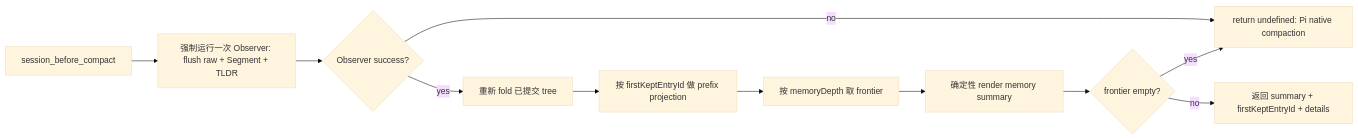
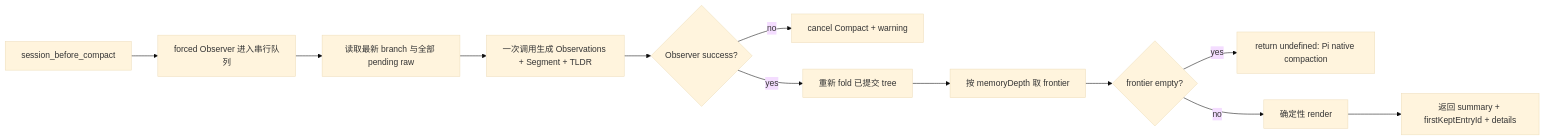
The second of 2 diagrams in docs/segment_memory_architecture_plan.md (Yikai-Liao/pi-observational-memory), drawn with Mermaid (base theme) before and after one commit. The commit also changed other lines of this file, not shown here.

Commit message:
docs: simplify segment compaction semantics

````diff
--- a/docs/segment_memory_architecture_plan.md
+++ b/docs/segment_memory_architecture_plan.md
@@ -551,13 +538,14 @@
 ```mermaid
 flowchart LR
-    A[session_before_compact] --> B[强制运行一次 Observer: flush raw + Segment + TLDR]
-    B --> C{Observer success?}
-    C -- no --> D[return undefined: Pi native compaction]
-    C -- yes --> E[重新 fold 已提交 tree]
-    E --> F[按 firstKeptEntryId 做 prefix projection]
-    F --> G[按 memoryDepth 取 frontier]
-    G --> H[确定性 render memory summary]
+    A[session_before_compact] --> B[forced Observer 进入串行队列]
+    B --> C[读取最新 branch 与全部 pending raw]
+    C --> D[一次调用生成 Observations + Segment + TLDR]
+    D --> E{Observer success?}
+    E -- no --> F[cancel Compact + warning]
+    E -- yes --> G[重新 fold 已提交 tree]
+    G --> H[按 memoryDepth 取 frontier]
     H --> I{frontier empty?}
-    I -- yes --> D
-    I -- no --> J[返回 summary + firstKeptEntryId + details]
+    I -- yes --> J[return undefined: Pi native compaction]
+    I -- no --> K[确定性 render]
+    K --> L[返回 summary + firstKeptEntryId + details]
 ```
````
